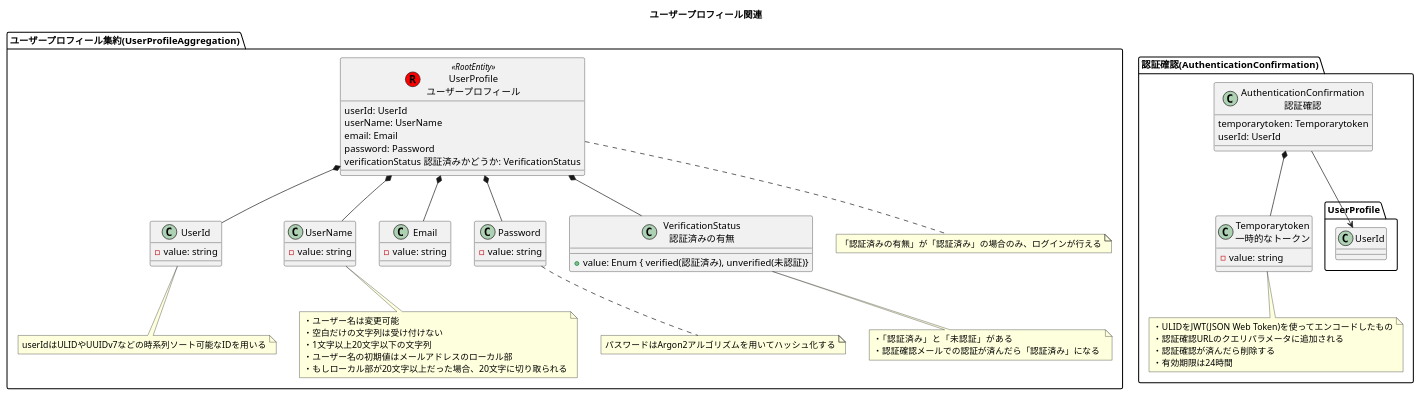
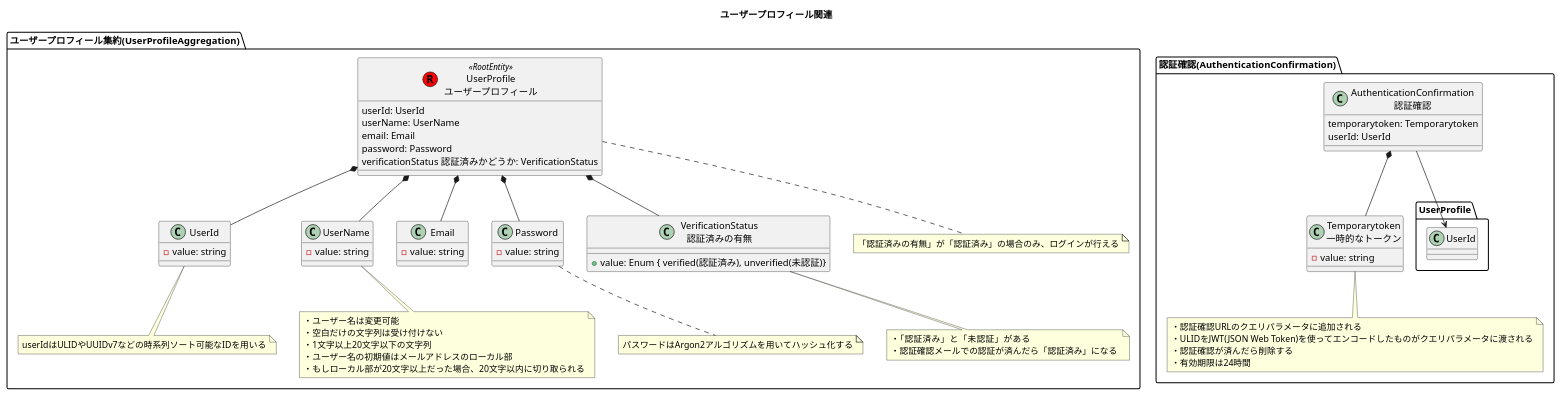
One commit to h-maki2/identityAccess changed the diagram in modelingDiagram/domainModelDiagram/ユーザープロフィール関連.pu. Above: the diagram before and after it, drawn with PlantUML. The commit also changed 2 other files, not shown here.

```diff
--- a/modelingDiagram/domainModelDiagram/ユーザープロフィール関連.pu
+++ b/modelingDiagram/domainModelDiagram/ユーザープロフィール関連.pu
@@ -1,87 +1,87 @@
 @startuml ユーザープロフィール関連
 
 title ユーザープロフィール関連
 
 package "ユーザープロフィール集約(UserProfileAggregation)" {
     class "UserProfile\nユーザープロフィール" as UserProfile << (R,red) RootEntity >> {
         userId: UserId
         userName: UserName
         email: Email
         password: Password
         verificationStatus 認証済みかどうか: VerificationStatus
     }
 
     class UserId {
         - value: string
     }
 
     class UserName {
         - value: string
     }
 
     class Email {
         - value: string
     }
 
     class Password {
         - value: string
     }
 
     class "VerificationStatus\n認証済みの有無" as VerificationStatus {
         + value: Enum { verified(認証済み), unverified(未認証)}
     }
 
     note bottom of UserProfile
         「認証済みの有無」が「認証済み」の場合のみ、ログインが行える
     end note
 
     note bottom of UserId
         userIdはULIDやUUIDv7などの時系列ソート可能なIDを用いる
     end note
 
     note bottom of UserName
         ・ユーザー名は変更可能
         ・空白だけの文字列は受け付けない
         ・1文字以上20文字以下の文字列
         ・ユーザー名の初期値はメールアドレスのローカル部
-        ・もしローカル部が20文字以上だった場合、20文字に切り取られる
+        ・もしローカル部が20文字以上だった場合、20文字以内に切り取られる
     end note
 
     note bottom of VerificationStatus
         ・「認証済み」と「未認証」がある
         ・認証確認メールでの認証が済んだら「認証済み」になる 
     end note
 
     note bottom of Password
         パスワードはArgon2アルゴリズムを用いてハッシュ化する
     end note
 
     UserProfile *-down- UserId
     UserProfile *-down- UserName
     UserProfile *-down- Email
     UserProfile *-down- Password
     UserProfile *-down- VerificationStatus
 }
 
 package "認証確認(AuthenticationConfirmation)" {
     class "AuthenticationConfirmation\n認証確認" as AuthenticationConfirmation {
         temporarytoken: Temporarytoken
         userId: UserId
     }
 
     class "Temporarytoken\n一時的なトークン" as Temporarytoken {
         - value: string
     }
 
     note bottom of Temporarytoken
-        ・ULIDをJWT(JSON Web Token)を使ってエンコードしたもの
         ・認証確認URLのクエリパラメータに追加される
+        ・ULIDをJWT(JSON Web Token)を使ってエンコードしたものがクエリパラメータに渡される
         ・認証確認が済んだら削除する
         ・有効期限は24時間
     end note
 
     AuthenticationConfirmation *-down- Temporarytoken
     AuthenticationConfirmation -down-> UserProfile.UserId
 }
 
 @enduml
```
